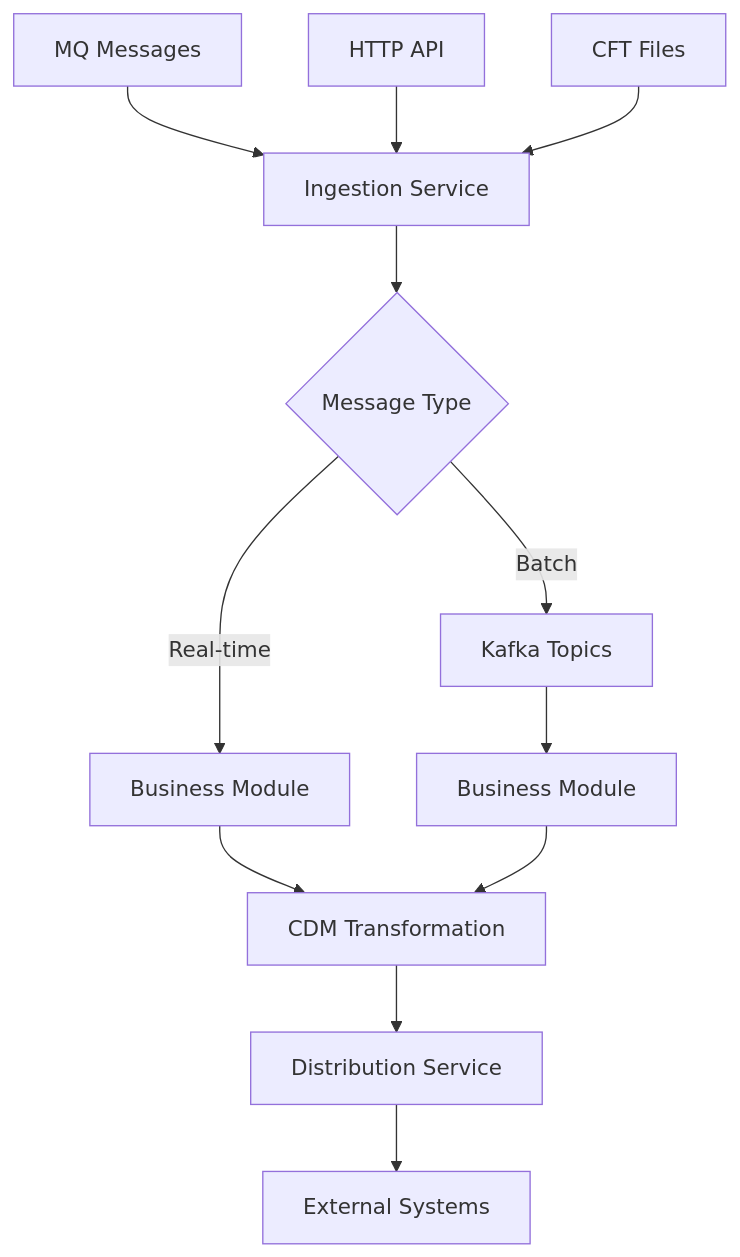
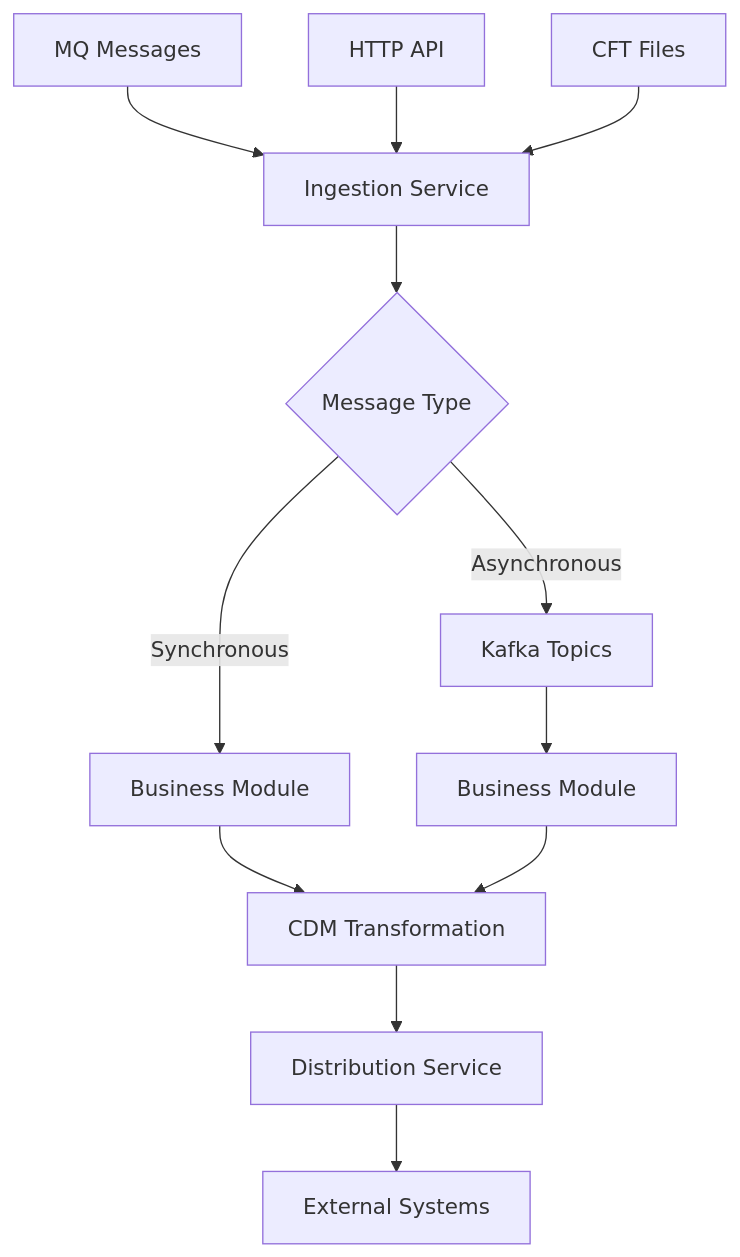
One commit to nasreddine1985/pixel-v2 changed the diagram in README.md. Above: the diagram before and after it, drawn with Mermaid. The commit also changed other lines of this file and 8 other files, not shown here.

Commit message:
(docs) update batch, real time expression by synchronous and asynchronous expression

````diff
--- a/README.md
+++ b/README.md
@@ -36,14 +36,14 @@
 ```mermaid
 graph TD
     A[MQ Messages] --> D[Ingestion Service]
     B[HTTP API] --> D
     C[CFT Files] --> D
     D --> E{Message Type}
-    E -->|Real-time| F[Business Module]
-    E -->|Batch| G[Kafka Topics]
+    E -->|Synchronous| F[Business Module]
+    E -->|Asynchronous| G[Kafka Topics]
     F --> H[CDM Transformation]
     G --> I[Business Module]
     I --> H
     H --> J[Distribution Service]
     J --> K[External Systems]
 ```
````
